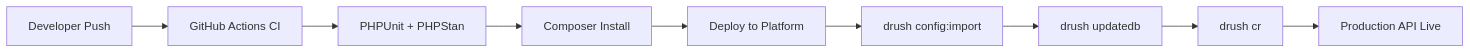
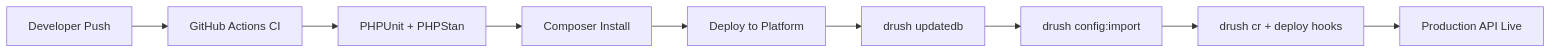
Before and after one commit to amitmaity/drupal-docs: the diagram in docs/deployment/deploying-drupal.md, drawn with Mermaid. The commit also changed other lines of this file and 83 other files, not shown here.

````diff
--- a/docs/deployment/deploying-drupal.md
+++ b/docs/deployment/deploying-drupal.md
@@ -91,11 +91,11 @@
 ```mermaid
 graph LR
     Dev[Developer Push] --> CI[GitHub Actions CI]
     CI --> Test[PHPUnit + PHPStan]
     Test --> Build[Composer Install]
     Build --> Deploy[Deploy to Platform]
-    Deploy --> ConfigImport[drush config:import]
-    ConfigImport --> Updatedb[drush updatedb]
-    Updatedb --> CacheClear[drush cr]
+    Deploy --> Updatedb[drush updatedb]
+    Updatedb --> ConfigImport[drush config:import]
+    ConfigImport --> CacheClear[drush cr + deploy hooks]
     CacheClear --> Live[Production API Live]
 ```
````
